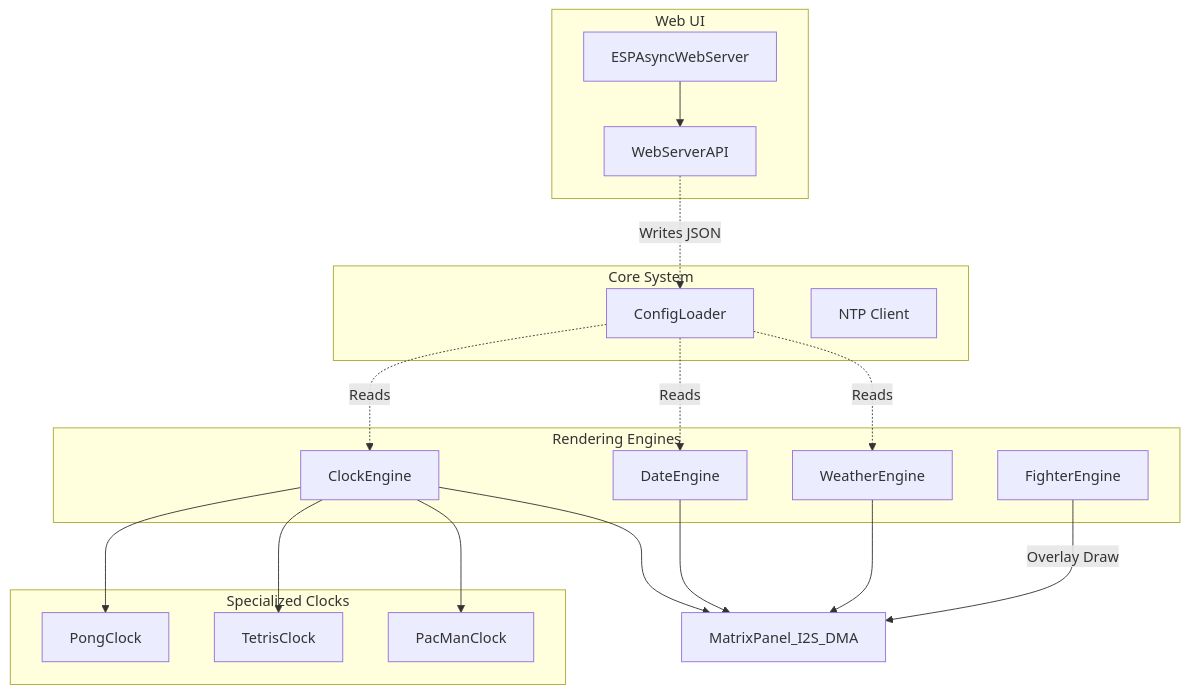
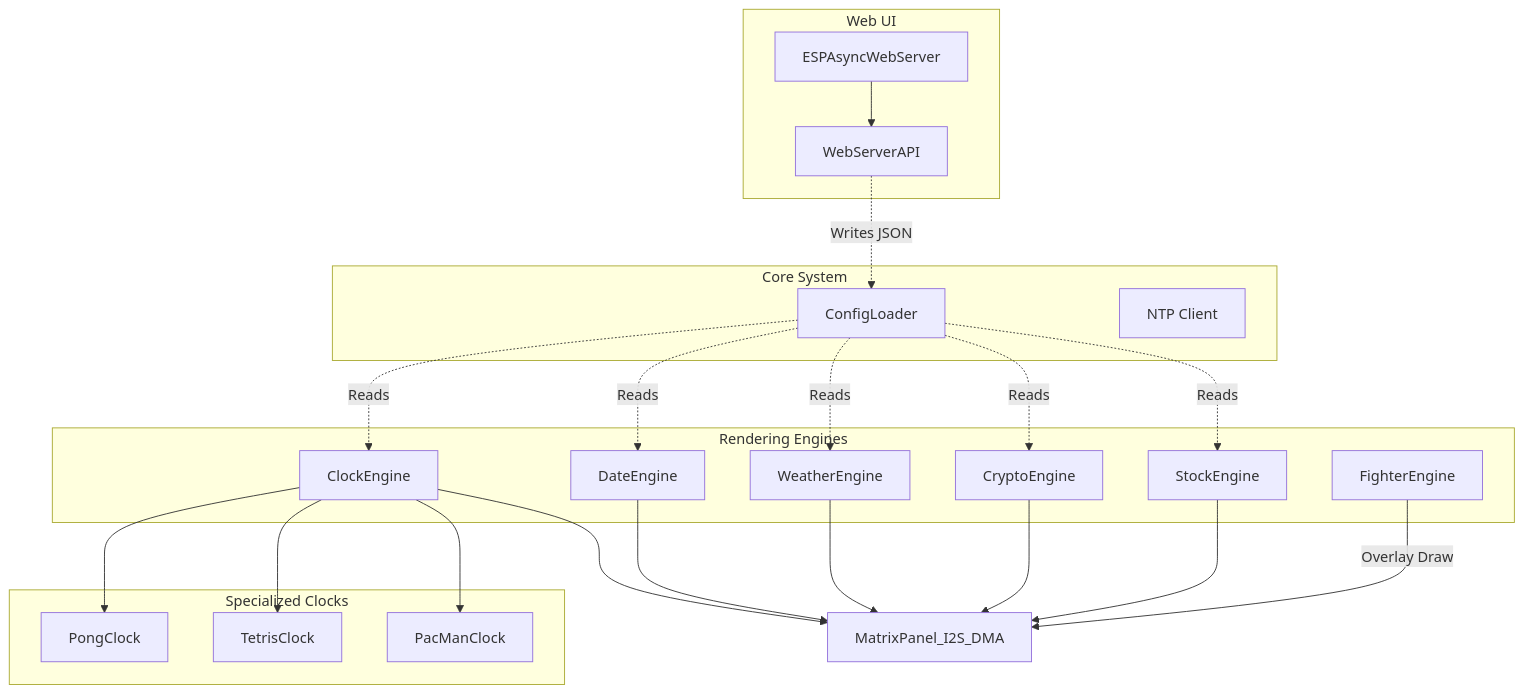
One commit to red77290/ArcadeMatrix changed the diagram in docs/ARCHITECTURE.md. Above: the diagram before and after it, drawn with Mermaid. The commit also changed other lines of this file and 19 other files, not shown here.

First line of the commit message:
feat(crypto,stock,doc): Add Crypto & Stock engines, configurable cache TTL, 64px layout, and OpenAPI docs

````diff
--- a/docs/ARCHITECTURE.md
+++ b/docs/ARCHITECTURE.md
@@ -24,31 +24,33 @@
 ```mermaid
 graph TD
     subgraph Core System
         Config[ConfigLoader]
         Time[NTP Client]
     end
 
     subgraph Web UI
         Async[ESPAsyncWebServer]
         API[WebServerAPI]
         Async --> API
         API -.->|Writes JSON| Config
     end
 
     subgraph Rendering Engines
         Clock[ClockEngine]
         Date[DateEngine]
         Weather[WeatherEngine]
+        Crypto[CryptoEngine]
+        Stock[StockEngine]
         Mugen[FighterEngine]
     end
 
     subgraph Specialized Clocks
         Clock --> Pong[PongClock]
         Clock --> Tetris[TetrisClock]
         Clock --> PacMan[PacManClock]
     end
 
-    Config -.->|Reads| Clock & Date & Weather
-    Clock & Date & Weather --> Hardware[MatrixPanel_I2S_DMA]
+    Config -.->|Reads| Clock & Date & Weather & Crypto & Stock
+    Clock & Date & Weather & Crypto & Stock --> Hardware[MatrixPanel_I2S_DMA]
     Mugen -->|Overlay Draw| Hardware
 ```
````
